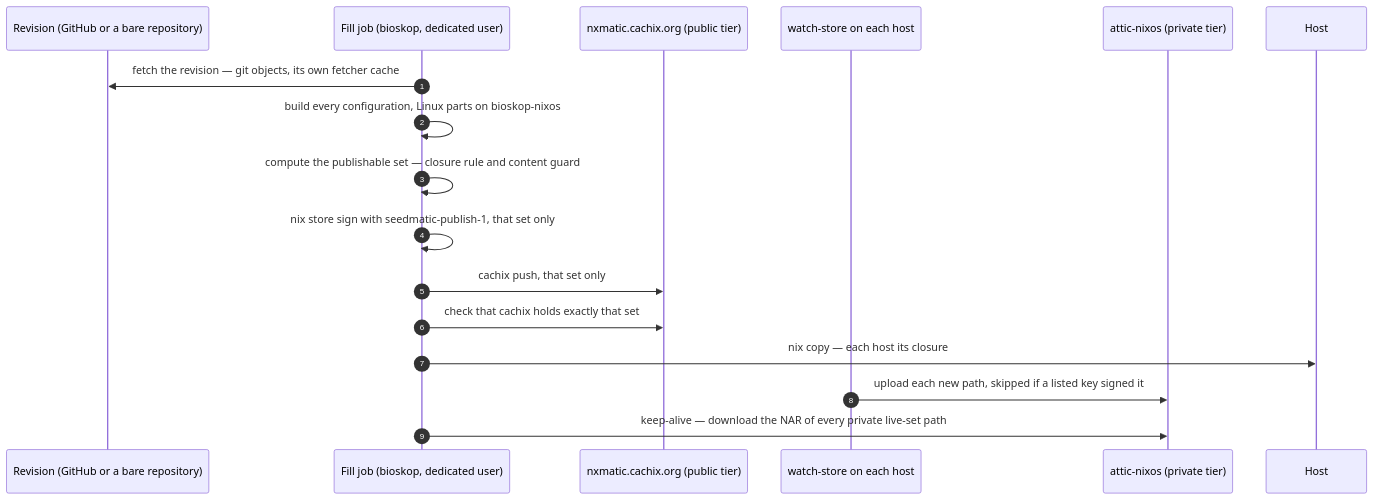
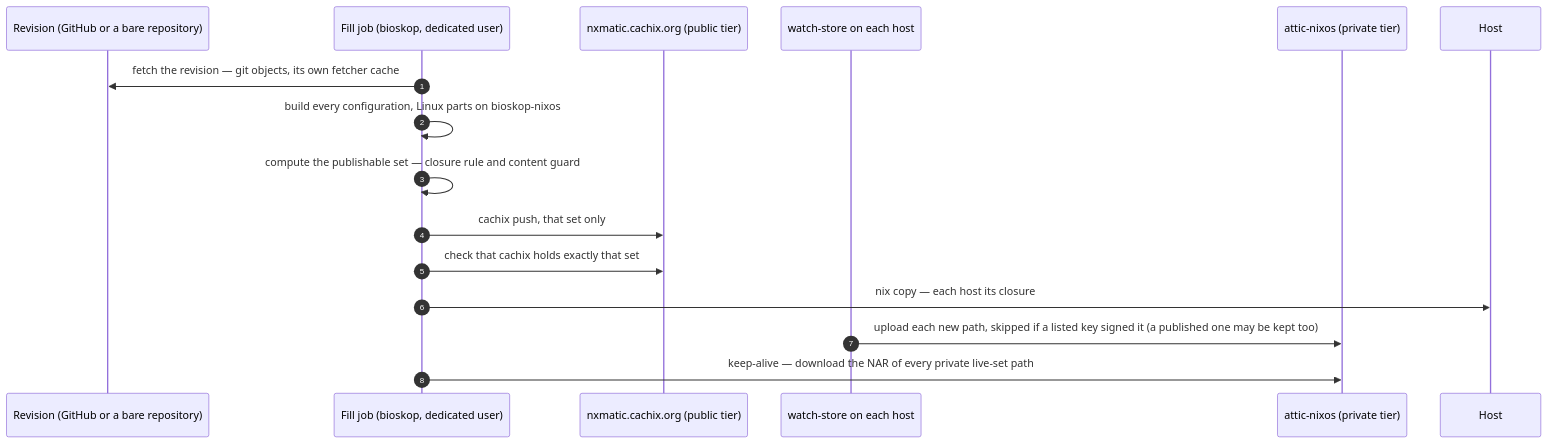
One commit to seedmatic/ndh changed the fourth of 14 diagrams in docs/private-binary-cache-spec.adoc. Above: the diagram before and after it, drawn with Mermaid. The commit also changed other lines of this file and 8 other files, not shown here.

First line of the commit message:
feat(cache-publish): the darwin hosts publish as _ndh-publish, from a pushed merged revision only

```diff
--- a/docs/private-binary-cache-spec.adoc
+++ b/docs/private-binary-cache-spec.adoc
@@ -595,20 +591,19 @@
 [mermaid]
 ....
 sequenceDiagram
   autonumber
   participant G as Revision (GitHub or a bare repository)
   participant F as Fill job (bioskop, dedicated user)
   participant C as nxmatic.cachix.org (public tier)
   participant W as watch-store on each host
   participant A as attic-nixos (private tier)
   participant H as Host
   F->>G: fetch the revision — git objects, its own fetcher cache
   F->>F: build every configuration, Linux parts on bioskop-nixos
   F->>F: compute the publishable set — closure rule and content guard
-  F->>F: nix store sign with seedmatic-publish-1, that set only
   F->>C: cachix push, that set only
   F->>C: check that cachix holds exactly that set
   F->>H: nix copy — each host its closure
-  W->>A: upload each new path, skipped if a listed key signed it
+  W->>A: upload each new path, skipped if a listed key signed it (a published one may be kept too)
   F->>A: keep-alive — download the NAR of every private live-set path
 ....
```
